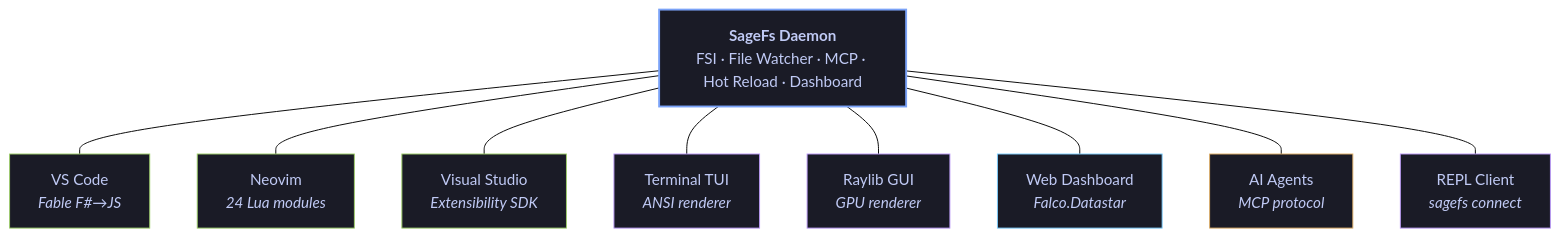
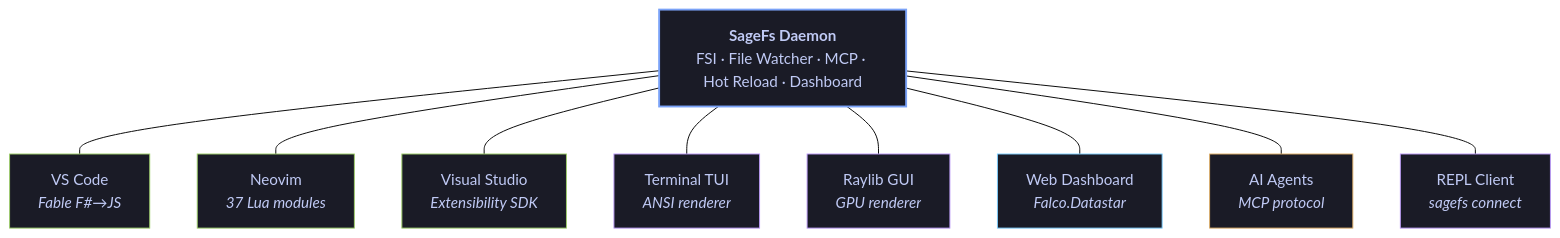
One commit to WillEhrendreich/SageFs changed the diagram in Readme.md. Above: the diagram before and after it, drawn with Mermaid (forest theme). The commit also changed other lines of this file and 2 other files, not shown here.

First line of the commit message:
docs(readme): fix stale comparison table — coverage mechanism, pipeline step 3, neovim stats

````diff
--- a/Readme.md
+++ b/Readme.md
@@ -75,23 +75,23 @@
 ```mermaid
 graph TB
     D["<b>SageFs Daemon</b><br/>FSI · File Watcher · MCP · Hot Reload · Dashboard"]
 
     D --- VS["VS Code<br/><i>Fable F#→JS</i>"]
-    D --- NV["Neovim<br/><i>24 Lua modules</i>"]
+    D --- NV["Neovim<br/><i>37 Lua modules</i>"]
     D --- VI["Visual Studio<br/><i>Extensibility SDK</i>"]
     D --- TU["Terminal TUI<br/><i>ANSI renderer</i>"]
     D --- GU["Raylib GUI<br/><i>GPU renderer</i>"]
     D --- WB["Web Dashboard<br/><i>Falco.Datastar</i>"]
     D --- AI["AI Agents<br/><i>MCP protocol</i>"]
     D --- RP["REPL Client<br/><i>sagefs connect</i>"]
 
     style D fill:#1a1b26,stroke:#7aa2f7,stroke-width:2px,color:#c0caf5
     style VS fill:#1a1b26,stroke:#9ece6a,color:#c0caf5
     style NV fill:#1a1b26,stroke:#9ece6a,color:#c0caf5
     style VI fill:#1a1b26,stroke:#9ece6a,color:#c0caf5
     style TU fill:#1a1b26,stroke:#bb9af7,color:#c0caf5
     style GU fill:#1a1b26,stroke:#bb9af7,color:#c0caf5
     style WB fill:#1a1b26,stroke:#7dcfff,color:#c0caf5
     style AI fill:#1a1b26,stroke:#e0af68,color:#c0caf5
     style RP fill:#1a1b26,stroke:#bb9af7,color:#c0caf5
 ```
````
